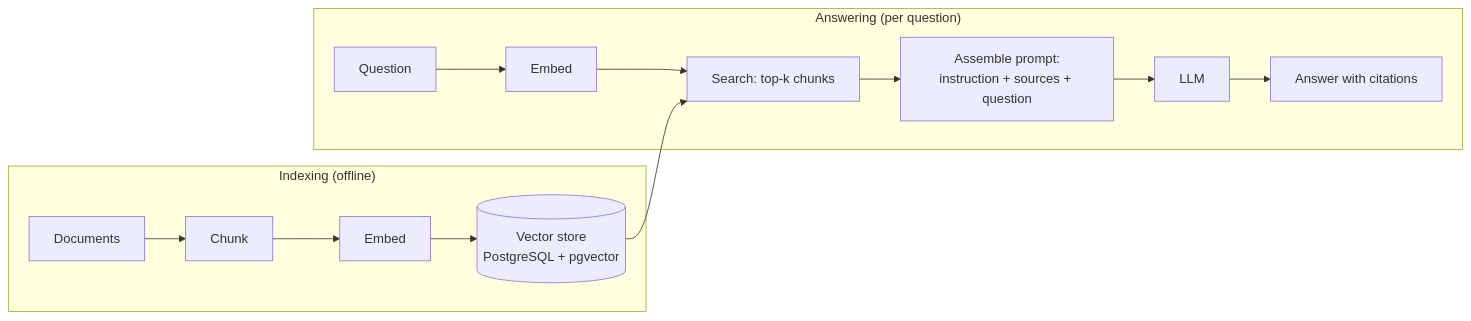
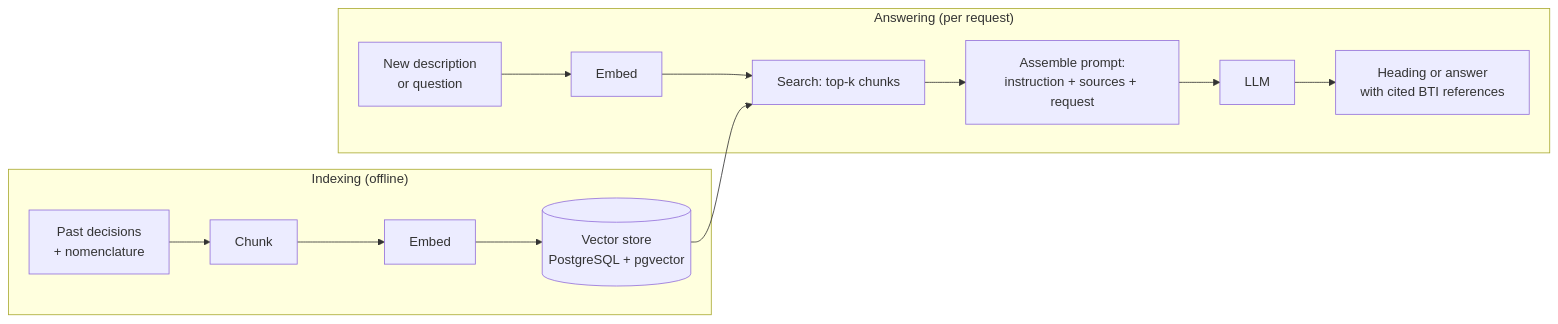
The diagram in sessions/15-rag-and-agents/theory/01-retrieval-augmented-generation.md (khoadaniel/statistical-programming-mpmd-htw-ws-2026), drawn with Mermaid before and after one commit. The commit also changed other lines of this file and 268 other files, not shown here.

````diff
--- a/sessions/15-rag-and-agents/theory/01-retrieval-augmented-generation.md
+++ b/sessions/15-rag-and-agents/theory/01-retrieval-augmented-generation.md
@@ -7,16 +7,16 @@
 ```mermaid
 flowchart LR
     subgraph Indexing["Indexing (offline)"]
-        D[Documents] --> C[Chunk]
+        D["Past decisions<br/>+ nomenclature"] --> C[Chunk]
         C --> E1[Embed]
         E1 --> V[("Vector store<br/>PostgreSQL + pgvector")]
     end
-    subgraph Answering["Answering (per question)"]
-        Q[Question] --> E2[Embed]
+    subgraph Answering["Answering (per request)"]
+        Q["New description<br/>or question"] --> E2[Embed]
         E2 --> S["Search: top-k chunks"]
         V --> S
-        S --> P["Assemble prompt:<br/>instruction + sources + question"]
+        S --> P["Assemble prompt:<br/>instruction + sources + request"]
         P --> L[LLM]
-        L --> A["Answer with citations"]
+        L --> A["Heading or answer<br/>with cited BTI references"]
     end
 ```
````
